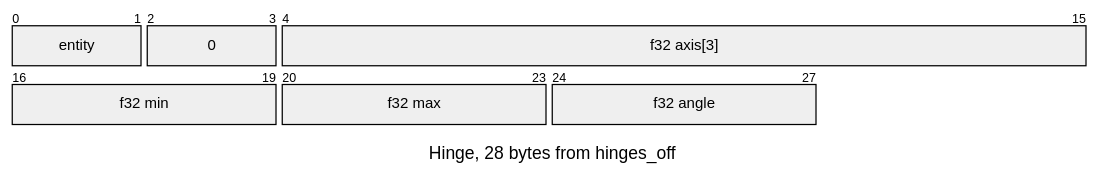
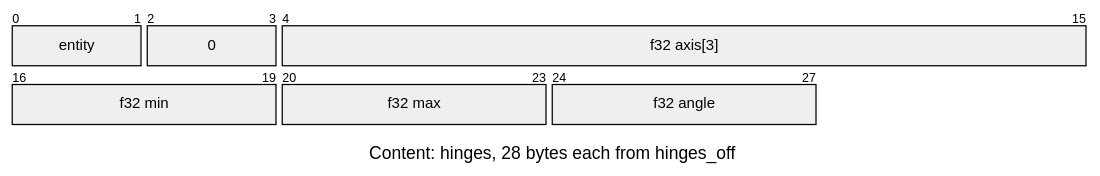
Diagram 18 of 19 in docs/assets/formats/SCNE.md (jose-villegas/autana), drawn with Mermaid before and after one commit. The commit also changed other lines of this file and 19 other files, not shown here.

Commit message:
scene: enforce timeline field ownership and playback boundaries

````diff
--- a/docs/assets/formats/SCNE.md
+++ b/docs/assets/formats/SCNE.md
@@ -341,17 +302,17 @@
 ```mermaid
 ---
 config:
   themeCSS: "g:nth-of-type(2) rect:nth-of-type(1) { fill: #e3e3e3 !important; } g:nth-of-type(2) rect:nth-of-type(2) { fill: #ffffff !important; stroke-dasharray: 4 3 !important; } g:nth-of-type(2) rect:nth-of-type(3) { fill: #e3e3e3 !important; } g:nth-of-type(3) rect:nth-of-type(1) { fill: #e3e3e3 !important; } g:nth-of-type(3) rect:nth-of-type(2) { fill: #e3e3e3 !important; } g:nth-of-type(3) rect:nth-of-type(3) { fill: #e3e3e3 !important; } .packetLabel { fill: #1b1b1b !important; }"
   packet:
     bitsPerRow: 16
     bitWidth: 54
 ---
 packet-beta
-title Hinge, 28 bytes from hinges_off
+title Content: hinges, 28 bytes each from hinges_off
 0-1: "entity"
 2-3: "0"
 4-15: "f32 axis[3]"
 16-19: "f32 min"
 20-23: "f32 max"
 24-27: "f32 angle"
 ```
````
